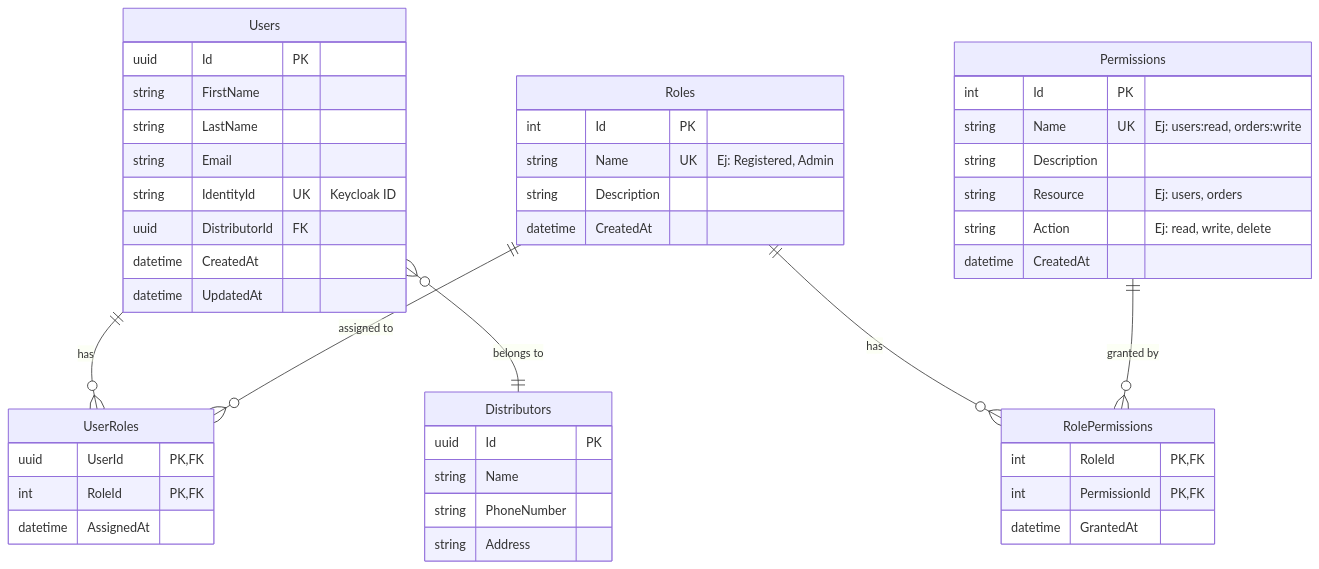
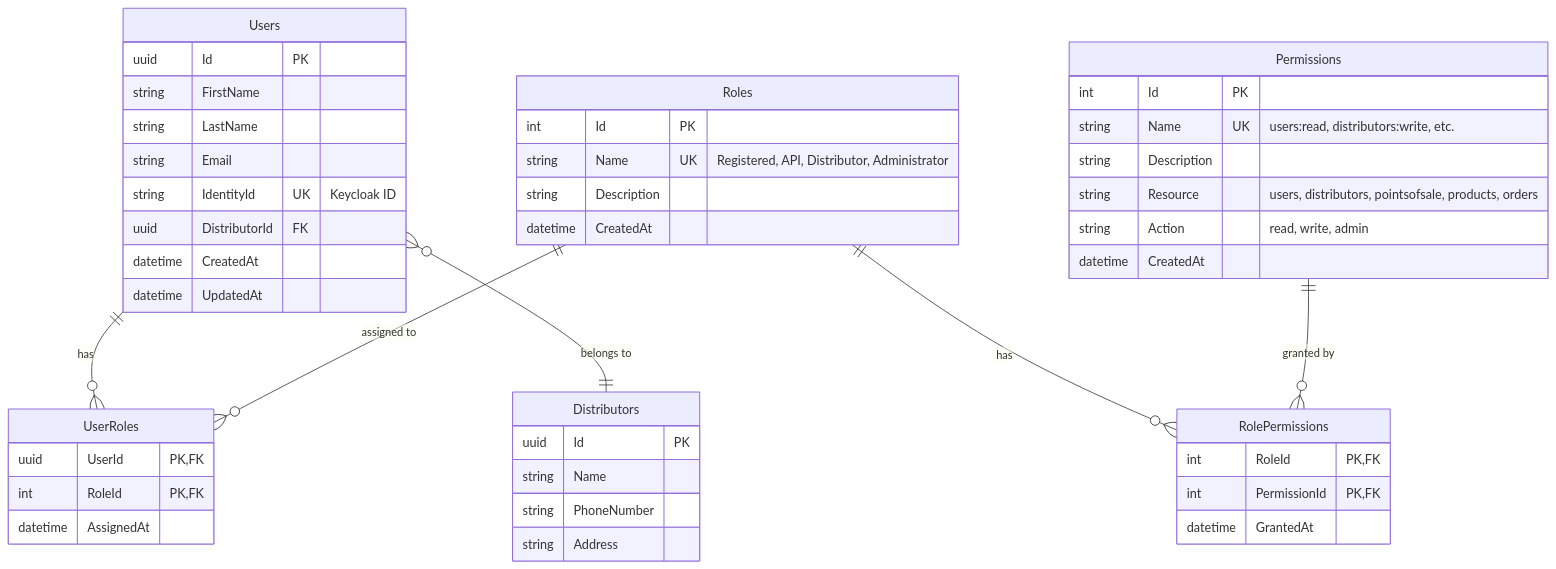
One commit to ingnlema/Conaprole changed the fourth of 9 diagrams in docs/security/diagrams.md. Above: the diagram before and after it, drawn with Mermaid. The commit also changed other lines of this file and 2 other files, not shown here.

Commit message:
Update keycloak integration, implementation guide and diagrams with current state

````diff
--- a/docs/security/diagrams.md
+++ b/docs/security/diagrams.md
@@ -207,54 +207,54 @@
 ```mermaid
 erDiagram
     Users {
         uuid Id PK
         string FirstName
         string LastName
         string Email
         string IdentityId UK "Keycloak ID"
         uuid DistributorId FK
         datetime CreatedAt
         datetime UpdatedAt
     }
 
     Roles {
         int Id PK
-        string Name UK "Ej: Registered, Admin"
+        string Name UK "Registered, API, Distributor, Administrator"
         string Description
         datetime CreatedAt
     }
 
     Permissions {
         int Id PK
-        string Name UK "Ej: users:read, orders:write"
+        string Name UK "users:read, distributors:write, etc."
         string Description
-        string Resource "Ej: users, orders"
-        string Action "Ej: read, write, delete"
+        string Resource "users, distributors, pointsofsale, products, orders"
+        string Action "read, write, admin"
         datetime CreatedAt
     }
 
     UserRoles {
         uuid UserId PK,FK
         int RoleId PK,FK
         datetime AssignedAt
     }
 
     RolePermissions {
         int RoleId PK,FK
         int PermissionId PK,FK
         datetime GrantedAt
     }
 
     Distributors {
         uuid Id PK
         string Name
         string PhoneNumber
         string Address
     }
 
     Users ||--o{ UserRoles : "has"
     Roles ||--o{ UserRoles : "assigned to"
     Roles ||--o{ RolePermissions : "has"
     Permissions ||--o{ RolePermissions : "granted by"
     Users }o--|| Distributors : "belongs to"
 ```
````
